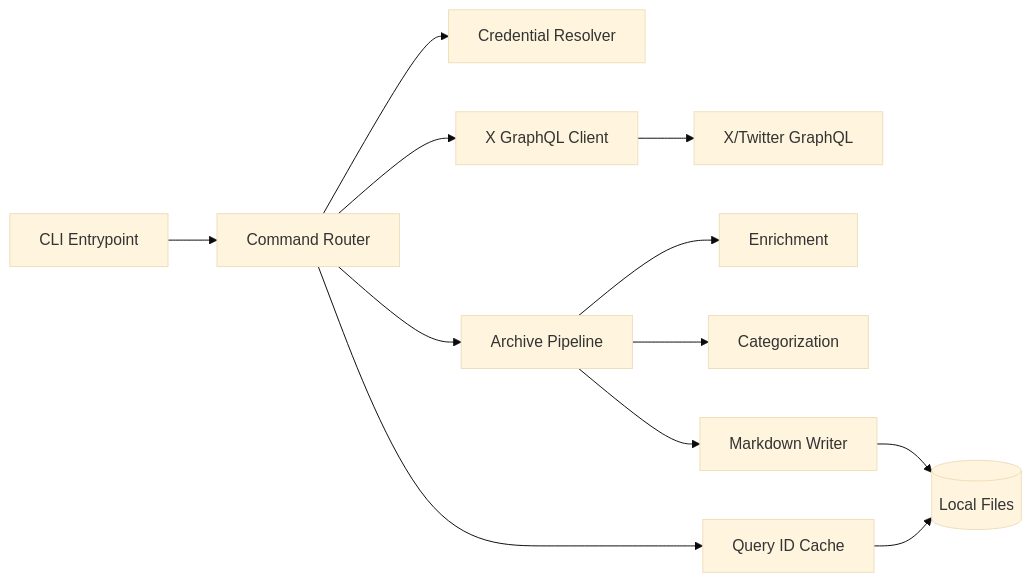
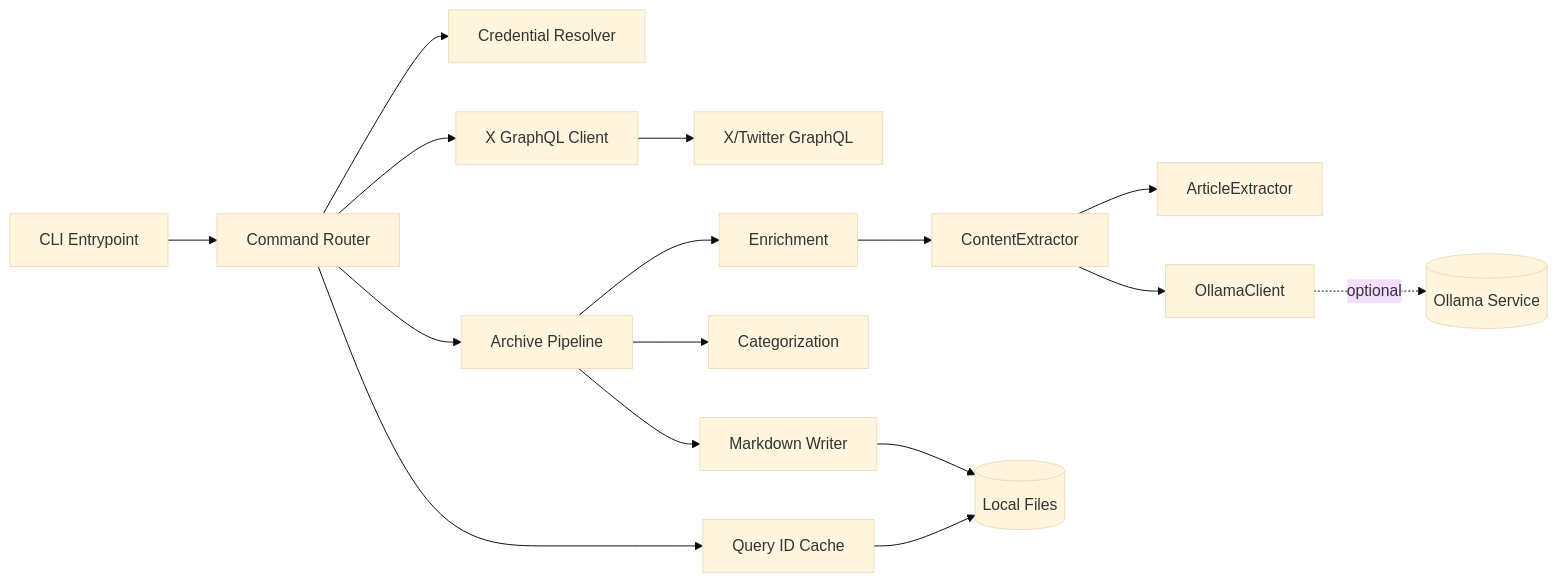
The first of 5 diagrams in .specs/tech-spec-2026-01-15-xkit.md (jscraik/xKit), drawn with Mermaid (base theme) before and after one commit. The commit also changed other lines of this file and 34 other files, not shown here.

````diff
--- a/.specs/tech-spec-2026-01-15-xkit.md
+++ b/.specs/tech-spec-2026-01-15-xkit.md
@@ -66,14 +73,18 @@
 ```mermaid
 flowchart LR
   CLI[CLI Entrypoint] --> Router[Command Router]
   Router --> Creds[Credential Resolver]
   Router --> XAPI[X GraphQL Client]
   XAPI --> X[X/Twitter GraphQL]
   Router --> Archive[Archive Pipeline]
   Archive --> Enrich[Enrichment]
+  Enrich --> Content[ContentExtractor]
+  Content --> Article[ArticleExtractor]
+  Content --> Ollama[OllamaClient]
   Archive --> Categorize[Categorization]
   Archive --> Writer[Markdown Writer]
   Writer --> FS[(Local Files)]
   Router --> QueryIds[Query ID Cache]
   QueryIds --> FS
+  Ollama -.->|optional| OllamaSvc[(Ollama Service)]
 ```
````
